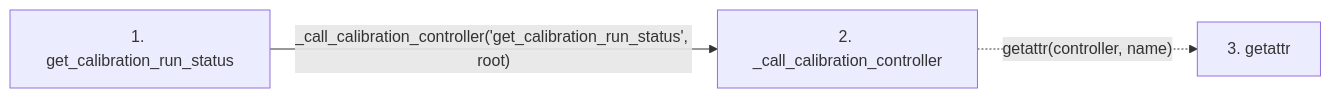
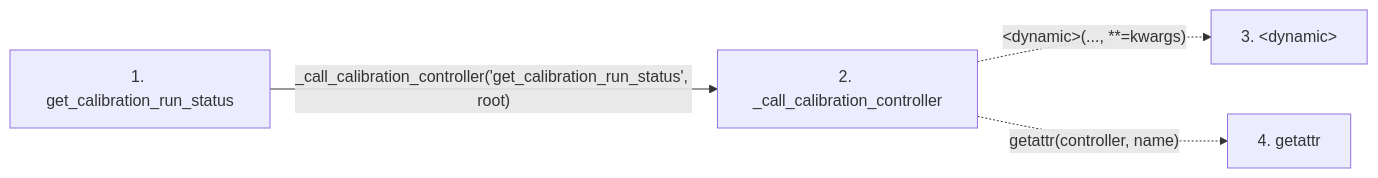
One commit to Denissvgn/python-wiki-llm changed the second of 2 diagrams in docs/llm_wiki/flows/api-get_calibration_run_status-api.md. Above: the diagram before and after it, drawn with Mermaid. The commit also changed other lines of this file and 1410 other files, not shown here.

````diff
--- a/docs/llm_wiki/flows/api-get_calibration_run_status-api.md
+++ b/docs/llm_wiki/flows/api-get_calibration_run_status-api.md
@@ -22,10 +31,12 @@
 ```mermaid
 flowchart LR
     s1["1. get_calibration_run_status"]
     s2["2. _call_calibration_controller"]
-    s3["3. getattr"]
+    s3["3. #60;dynamic#62;"]
+    s4["4. getattr"]
     s1 -->|"_call_calibration_controller('get_calibration_run_status', root)"| s2
-    s2 -. "getattr(controller, name)" .-> s3
+    s2 -. "#60;dynamic#62;(..., **=kwargs)" .-> s3
+    s2 -. "getattr(controller, name)" .-> s4
     click s1 "../modules/api.md"
     click s2 "../modules/api.md"
 ```
````
